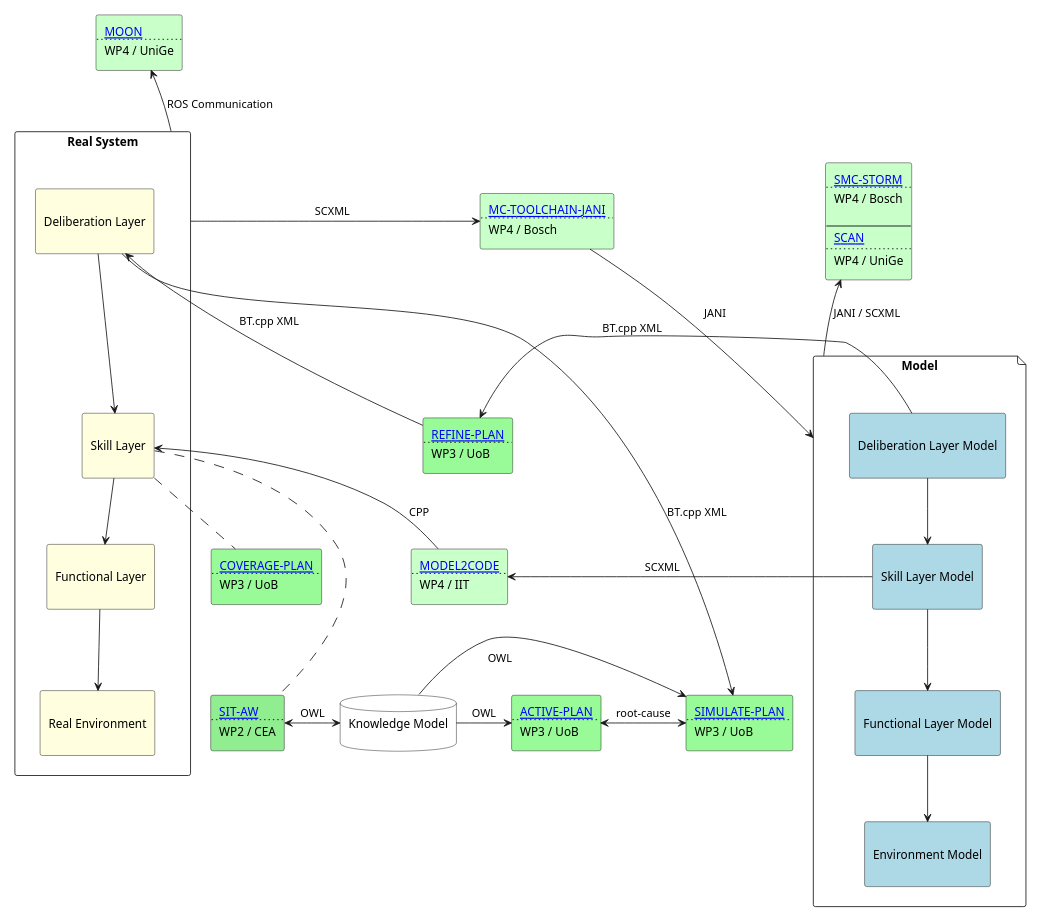
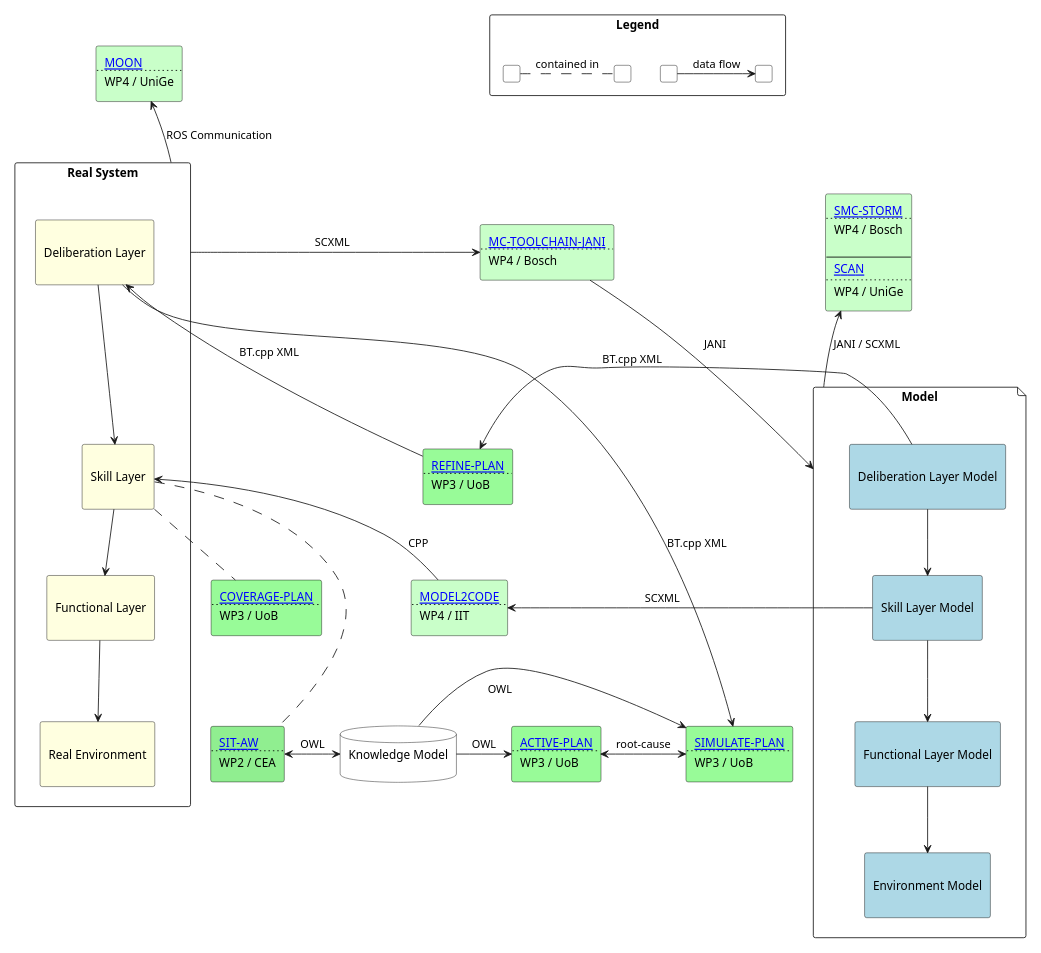
One commit to convince-project/overview changed the diagram in docs/source/overview.plantuml. Above: the diagram before and after it, drawn with PlantUML.

Commit message:
adding a legend

```diff
--- a/docs/source/overview.plantuml
+++ b/docs/source/overview.plantuml
@@ -1,125 +1,140 @@
 @startuml overview
 scale 700 width
 
 skinparam agent {
     BackgroundColor White
     BorderColor Black
 }
 skinparam database {
     BackgroundColor White
     BorderColor Black
 }
 
 rectangle "Real System" as r {
     agent "\nDeliberation Layer\n" as rdelib #LightYellow
     agent "\nSkill Layer\n" as rskill #LightYellow
     agent "\nFunctional Layer\n" as rfunc #LightYellow
     agent "\nReal Environment\n" as renv #LightYellow
 
     rdelib --> rskill
     rskill --> rfunc
     rfunc --> renv
 }
 
 file "Model" as m {
     agent "\nDeliberation Layer Model\n" as mdelib #LightBlue
     agent "\nSkill Layer Model\n" as mskill #LightBlue
     agent "\nFunctional Layer Model\n" as mfunc #LightBlue
     agent "\nEnvironment Model\n" as menv #LightBlue
 
     mdelib --> mskill
     mskill --> mfunc
     mfunc --> menv
 }
 
 database "Knowledge Model\n" as k 
 
 ' WP2
 
 agent sitaw #LightGreen [
 [[https:///github.com/convince-project/sit-aw SIT-AW]]
 ....
 WP2 / CEA
 ]
 ' }
 
 renv -[hidden]> sitaw
 rskill .. sitaw
 sitaw <-> k : OWL
 
 ' WP3
 
 agent refineplan #PaleGreen [
 [[https://github.com/convince-project/refine-plan REFINE-PLAN]]
 ....
 WP3 / UoB
 ] 
 agent coverageplan #PaleGreen [
 [[https:///github.com/convince-project/coverage-plan COVERAGE-PLAN]]
 ....
 WP3 / UoB
 ]
 agent activeplan #PaleGreen [
 [[https://github.com/convince-project/active-plan ACTIVE-PLAN]]
 ....
 WP3 / UoB
 ] 
 agent simulateplan #PaleGreen [
 [[https://github.com/convince-project/simulate-plan SIMULATE-PLAN]]
 ....
 WP3 / UoB
 ] 
 
 rskill .. coverageplan
 rfunc -[hidden]> coverageplan
 activeplan <-> simulateplan : root-cause
 mdelib -> refineplan : "\nBT.cpp XML"
 refineplan -> rdelib : "BT.cpp XML"
 rdelib -> simulateplan : "BT.cpp XML"
 k -> simulateplan : "\nOWL"
 k -> activeplan : OWL
 
 ' WP4
 
 agent moon #TECHNOLOGY [
 [[https:///github.com/convince-project/moon MOON]]
 ....
 WP4 / UniGe
 ]
 ' ]
 agent stormscan #TECHNOLOGY [
 [[https:///github.com/convince-project/smc_storm SMC-STORM]]
 ....
 WP4 / Bosch
 
 ----
 [[https:///github.com/convince-project/scan SCAN]]
 ....
 WP4 / UniGe
 ]
 agent jani #TECHNOLOGY [
 [[https:///github.com/convince-project/mc-toolchain-jani MC-TOOLCHAIN-JANI]]
 ....
 WP4 / Bosch
 ]
 agent modeltocode #TECHNOLOGY [
 [[https:///github.com/convince-project/modeltocode MODEL2CODE]]
 ....
 WP4 / IIT
 ]
 
 moon -[hidden]-> rdelib
 moon <-- r : ROS Communication
 
 stormscan -[hidden]-> mdelib
 stormscan <-- m : "JANI / SCXML\n"
 
 r -> jani : "SCXML"
 jani -> m : "JANI\n"
 rskill <- modeltocode : "CPP"
 modeltocode <- mskill : "SCXML\t\t\t"
 coverageplan -[hidden]> modeltocode
 
 refineplan -[hidden]-> modeltocode
 
+
+rectangle Legend {
+    agent a [
+    ]
+    agent b [
+    ]
+    a -> b : "data flow"
+
+    agent c [
+    ]
+    agent d [
+    ]
+    c . d : "contained in"
+}
+
 @enduml
```
